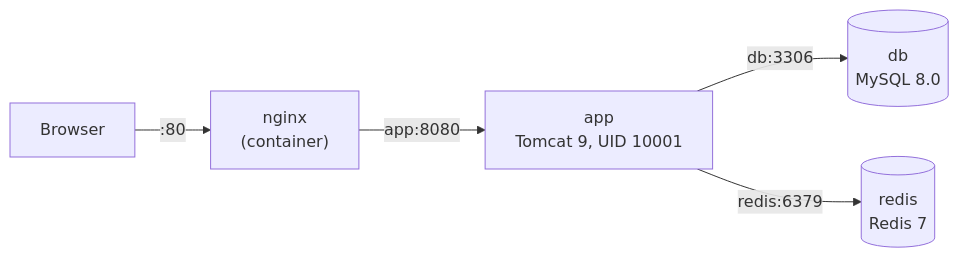
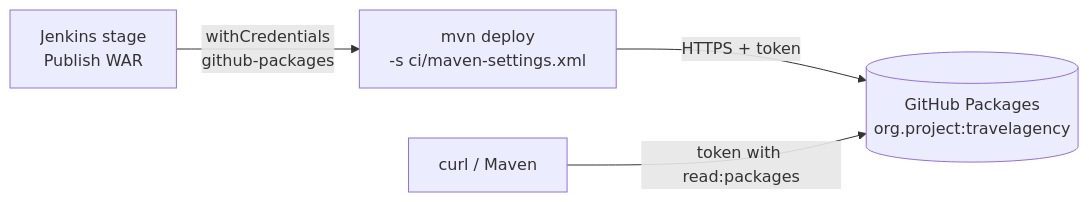
One commit to nazariybu/travelagency changed the diagram in README.md. Above: the diagram before and after it, drawn with Mermaid. The commit also changed other lines of this file and 2 other files, not shown here.

Commit message:
fix: update branch conditions for WAR publishing and Docker Hub push stages

````diff
--- a/README.md
+++ b/README.md
@@ -105,7 +16,6 @@
 ```mermaid
 flowchart LR
-    U["Browser"] -->|":80"| N["nginx<br/>(container)"]
-    N -->|"app:8080"| A["app<br/>Tomcat 9, UID 10001"]
-    A -->|"db:3306"| DB[("db<br/>MySQL 8.0")]
-    A -->|"redis:6379"| R[("redis<br/>Redis 7")]
+    J["Jenkins stage<br/>Publish WAR"] -->|"withCredentials<br/>github-packages"| M["mvn deploy<br/>-s ci/maven-settings.xml"]
+    M -->|"HTTPS + token"| GP[("GitHub Packages<br/>org.project:travelagency")]
+    U["curl / Maven"] -->|"token with read:packages"| GP
 ```
````
